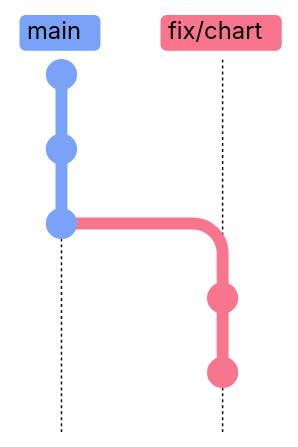
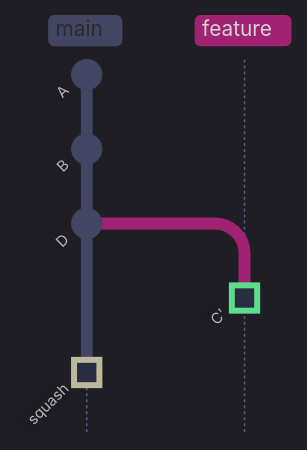
Before and after one commit to alp78/elysium: the sixth of 6 diagrams in content/08-Git/06-pull-requests-and-code-review.md, drawn with Mermaid. The commit also changed other lines of this file, not shown here.

````diff
--- a/content/08-Git/06-pull-requests-and-code-review.md
+++ b/content/08-Git/06-pull-requests-and-code-review.md
@@ -315,10 +1078,22 @@
 ```mermaid
-%%{init: {'theme': 'base', 'themeVariables': {'git0': '#7aa2f7', 'git1': '#f7768e', 'git2': '#9ece6a', 'git3': '#e0af68', 'git4': '#bb9af7', 'gitBranchLabel0': '#000000', 'gitBranchLabel1': '#000000', 'gitBranchLabel2': '#000000', 'gitBranchLabel3': '#000000', 'commitLabelColor': '#ffffff', 'commitLabelBackground': 'transparent', 'commitLabelFontSize': '14px', 'tagLabelColor': '#000000', 'tagLabelBackground': '#c0caf5'}, 'gitGraph': {'mainBranchName': 'main'}} }%%
+%%{init: {'theme': 'dark', 'themeVariables': {
+  'primaryColor': '#292e42',
+  'primaryTextColor': '#c0caf5',
+  'primaryBorderColor': '#565f89',
+  'lineColor': '#565f89',
+  'secondaryColor': '#1a1b26',
+  'tertiaryColor': '#24283b',
+  'noteTextColor': '#c0caf5',
+  'noteBkgColor': '#292e42',
+  'textColor': '#c0caf5',
+  'fontSize': '14px'
+}, 'gitGraph': {'mainBranchName': 'main'}}}%%
 gitGraph TB:
   commit id: "A"
   commit id: "B"
-  commit id: "C"
-  branch fix/chart
-  commit id: "D'"
-  commit id: "E'"
+  commit id: "D"
+  branch feature
+  commit id: "C'" type: HIGHLIGHT
+  checkout main
+  commit id: "squash" type: HIGHLIGHT
 ```
````
